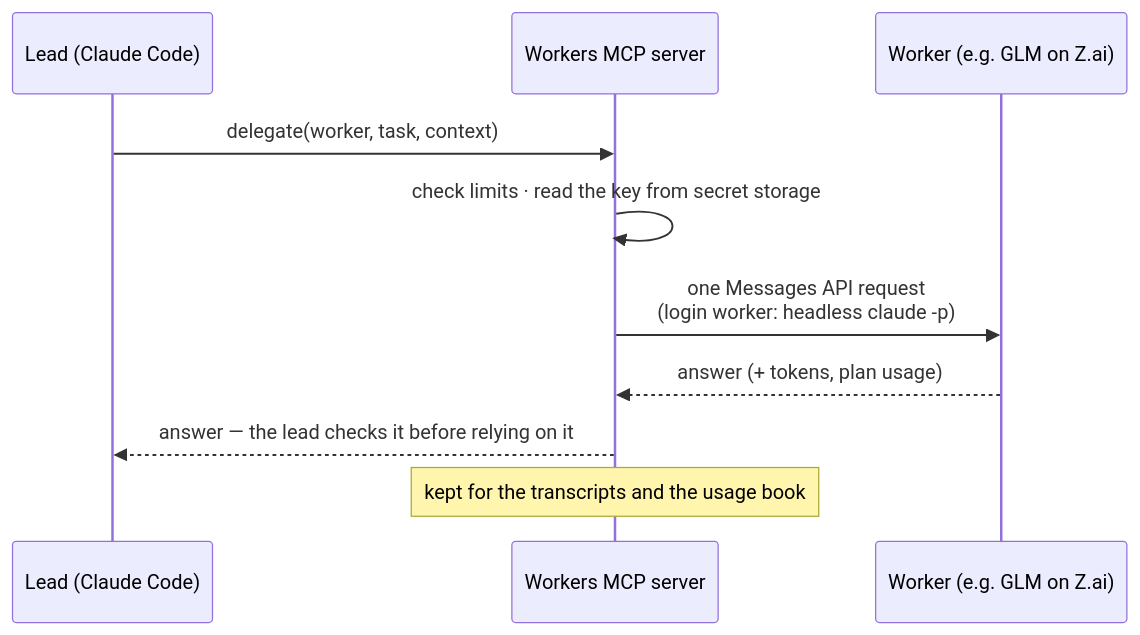
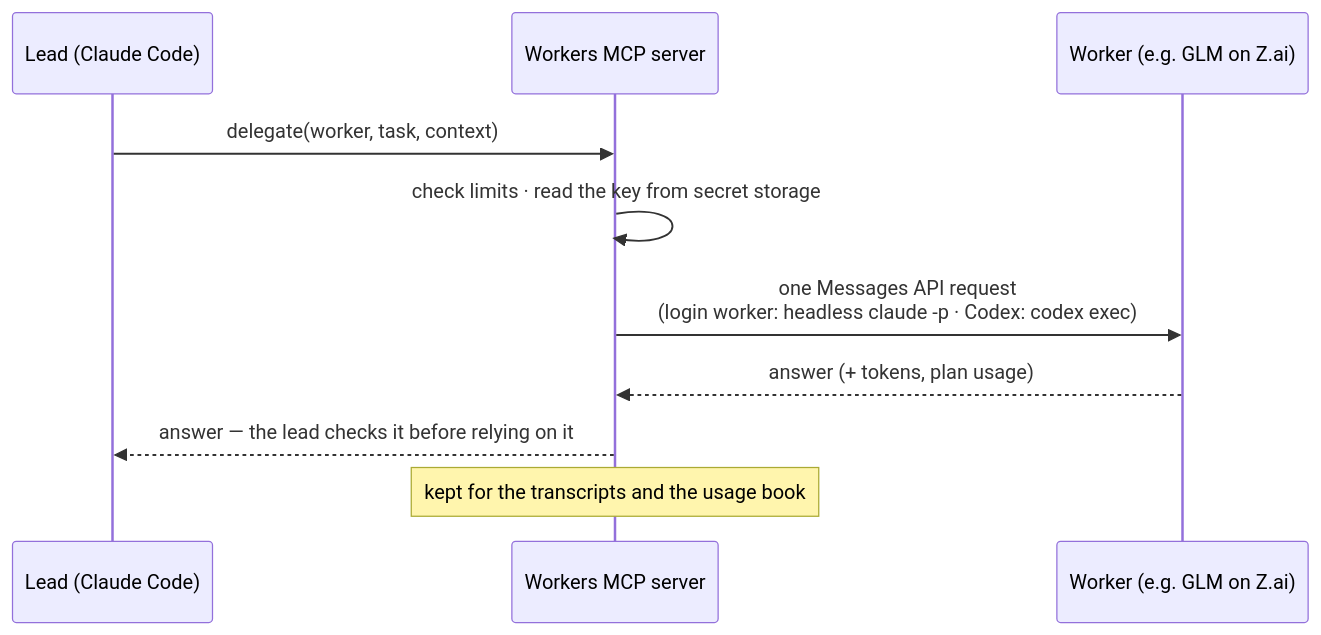
The ninth of 15 diagrams in README.md (warrenb213/claude-parallel-profiles), drawn with Mermaid before and after one commit. The commit also changed other lines of this file and 12 other files, not shown here.

````diff
--- a/README.md
+++ b/README.md
@@ -270,12 +369,12 @@
 ```mermaid
 sequenceDiagram
   participant L as Lead (Claude Code)
   participant M as Workers MCP server
   participant W as Worker (e.g. GLM on Z.ai)
   L->>M: delegate(worker, task, context)
   M->>M: check limits · read the key from secret storage
-  M->>W: one Messages API request<br/>(login worker: headless claude -p)
+  M->>W: one Messages API request<br/>(login worker: headless claude -p · Codex: codex exec)
   W-->>M: answer (+ tokens, plan usage)
   M-->>L: answer — the lead checks it before relying on it
   Note over M: kept for the transcripts and the usage book
 ```
````
